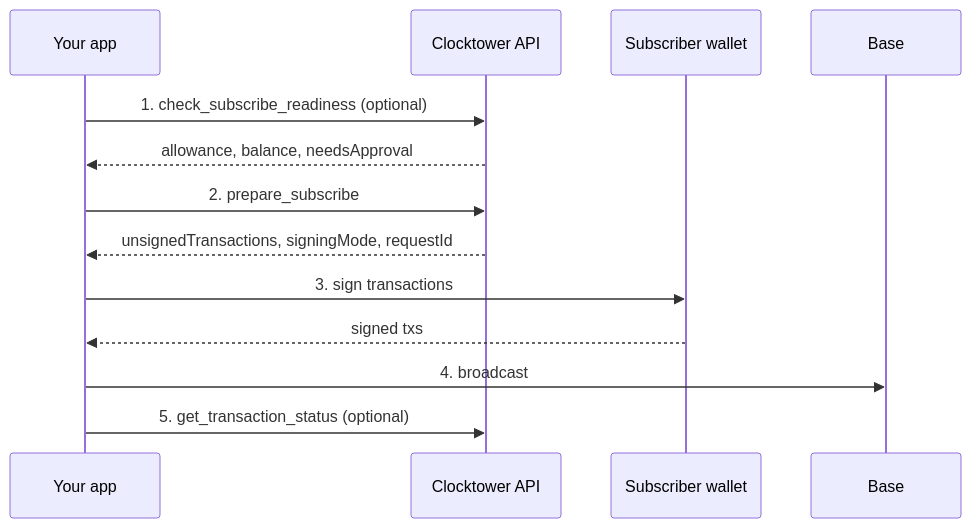
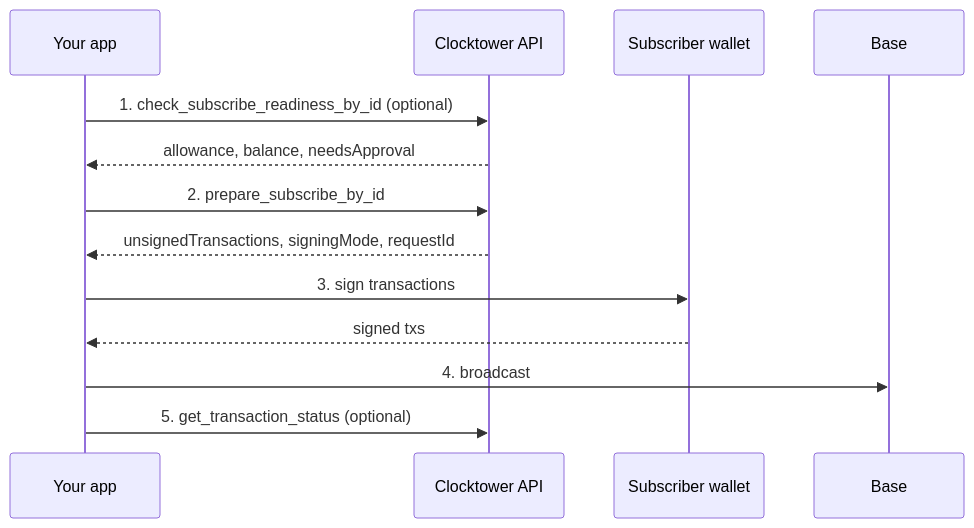
The diagram in docs/developers/05-Workflows/02-subscribe.mdx (clocktower-protocol/clocktower-docs), drawn with Mermaid before and after one commit. The commit also changed other lines of this file and 8 other files, not shown here.

````diff
--- a/docs/developers/05-Workflows/02-subscribe.mdx
+++ b/docs/developers/05-Workflows/02-subscribe.mdx
@@ -38,16 +38,16 @@
 ```mermaid
 sequenceDiagram
   participant App as Your app
   participant API as Clocktower API
   participant Wallet as Subscriber wallet
   participant Chain as Base
 
-  App->>API: 1. check_subscribe_readiness (optional)
+  App->>API: 1. check_subscribe_readiness_by_id (optional)
   API-->>App: allowance, balance, needsApproval
-  App->>API: 2. prepare_subscribe
+  App->>API: 2. prepare_subscribe_by_id
   API-->>App: unsignedTransactions, signingMode, requestId
   App->>Wallet: 3. sign transactions
   Wallet-->>App: signed txs
   App->>Chain: 4. broadcast
   App->>API: 5. get_transaction_status (optional)
 ```
````
